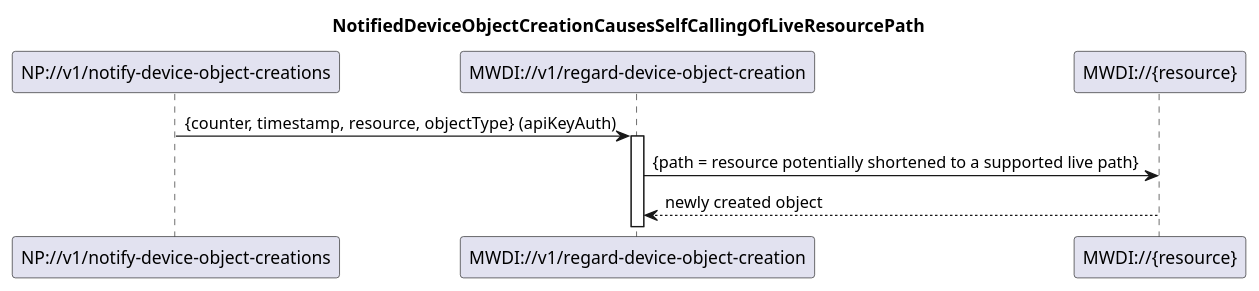
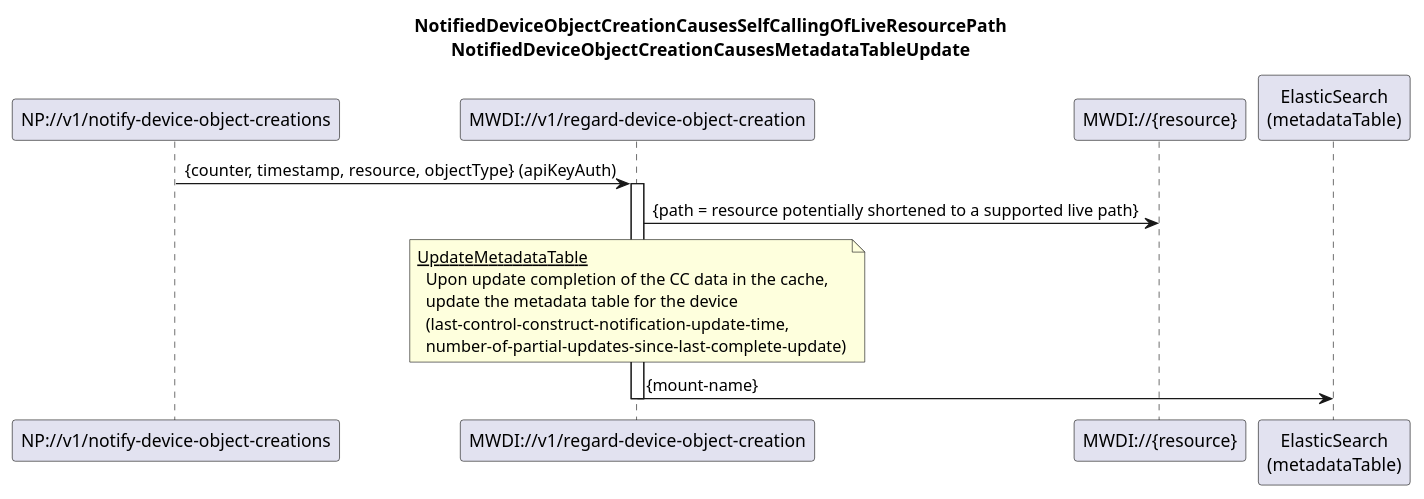
The diagram in spec/diagrams/024_NotificationBasedObjectCreation.plantuml (openBackhaul/MicroWaveDeviceInventory), drawn with PlantUML before and after one commit. The commit also changed 25 other files, not shown here.

```diff
--- a/spec/diagrams/024_NotificationBasedObjectCreation.plantuml
+++ b/spec/diagrams/024_NotificationBasedObjectCreation.plantuml
@@ -1,16 +1,29 @@
 @startuml 024_NotificationBasedObjectCreation
 skinparam responseMessageBelowArrow true
 
-title NotifiedDeviceObjectCreationCausesSelfCallingOfLiveResourcePath
+title 
+  NotifiedDeviceObjectCreationCausesSelfCallingOfLiveResourcePath
+  NotifiedDeviceObjectCreationCausesMetadataTableUpdate
+end title
 
 participant "NP://v1/notify-device-object-creations" as subscription
 participant "MWDI://v1/regard-device-object-creation" as regardObjectCreation
 participant "MWDI://{resource}" as odlCreatedObject
+participant "ElasticSearch\n(metadataTable)" as es
 
 subscription -> regardObjectCreation: {counter, timestamp, resource, objectType} (apiKeyAuth)
 activate regardObjectCreation
 
 regardObjectCreation -> odlCreatedObject: {path = resource potentially shortened to a supported live path}
-odlCreatedObject --> regardObjectCreation: newly created object
 
+note over regardObjectCreation
+  <u>UpdateMetadataTable</u>
+    Upon update completion of the CC data in the cache,
+    update the metadata table for the device
+    (last-control-construct-notification-update-time,
+    number-of-partial-updates-since-last-complete-update)
+end note
+regardObjectCreation -> es: {mount-name}
+
+deactivate regardObjectCreation
 @enduml
```
